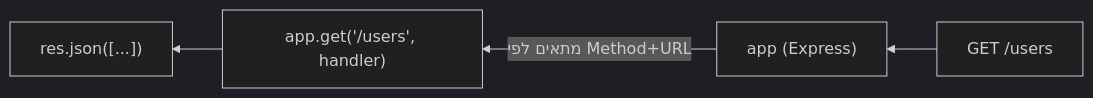
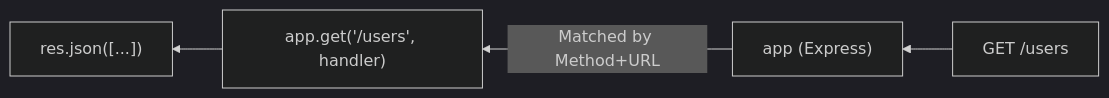
The diagram in content/docs/server/29-express-basics-content.md (neriyaMalachi/FullStack_kodkode_5), drawn with Mermaid (dark theme) before and after one commit. The commit also changed other lines of this file and 117 other files, not shown here.

````diff
--- a/content/docs/server/29-express-basics-content.md
+++ b/content/docs/server/29-express-basics-content.md
@@ -51,6 +51,6 @@
 ```mermaid
 flowchart RL
     Req["GET /users"] --> App["app (Express)"]
-    App -->|"מתאים לפי Method+URL"| H["app.get('/users', handler)"]
+    App -->|"Matched by Method+URL"| H["app.get('/users', handler)"]
     H --> Res["res.json([...])"]
 ```
````
